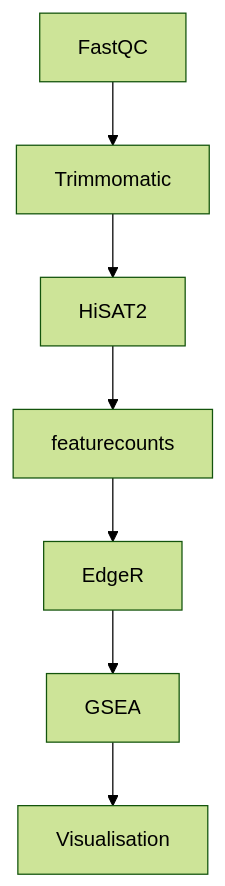
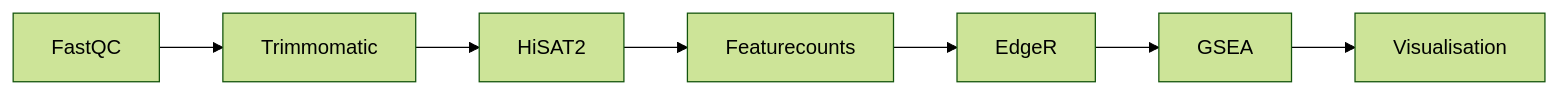
One commit to serayyetkin/Elf3-MT changed the diagram in README.md. Above: the diagram before and after it, drawn with Mermaid (forest theme).

````diff
--- a/README.md
+++ b/README.md
@@ -18,9 +18,9 @@
 ```mermaid
-graph TD;
+graph LR;
     FastQC-->Trimmomatic;
     Trimmomatic-->HiSAT2;
-    HiSAT2-->featurecounts;
-    featurecounts-->EdgeR;
+    HiSAT2-->Featurecounts;
+    Featurecounts-->EdgeR;
     EdgeR-->GSEA;
     GSEA-->Visualisation;
 ```
````
